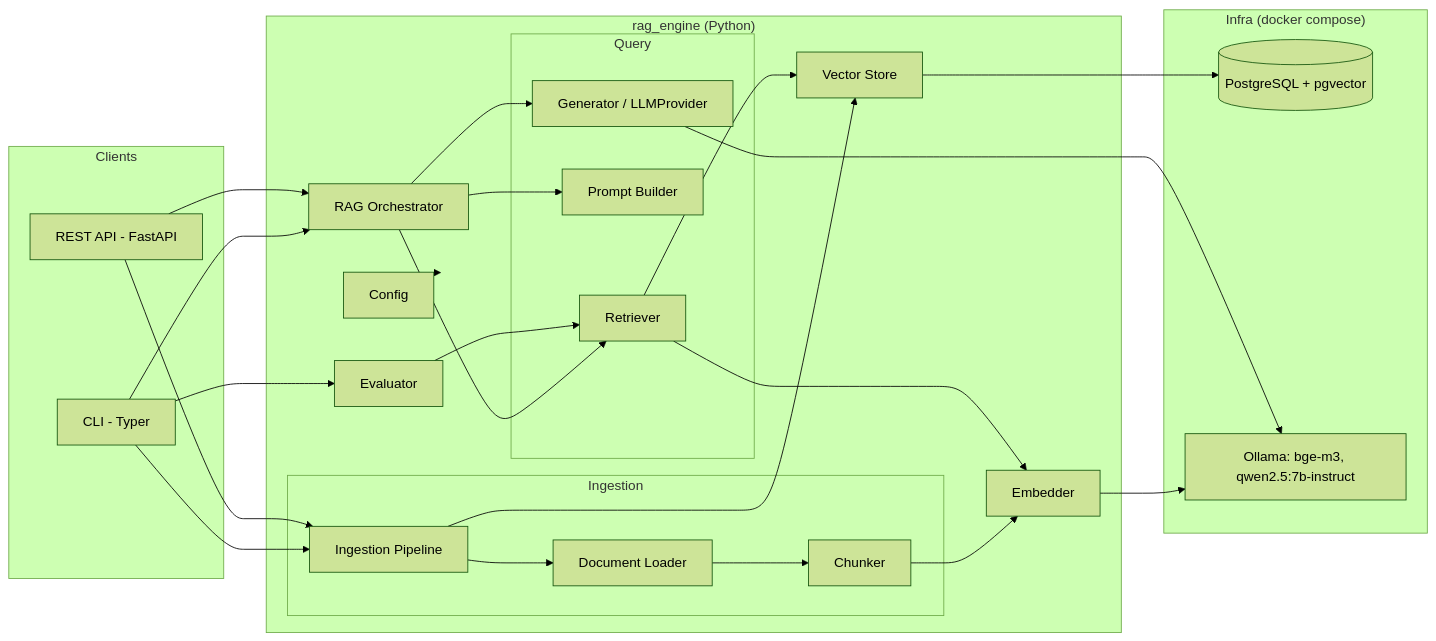
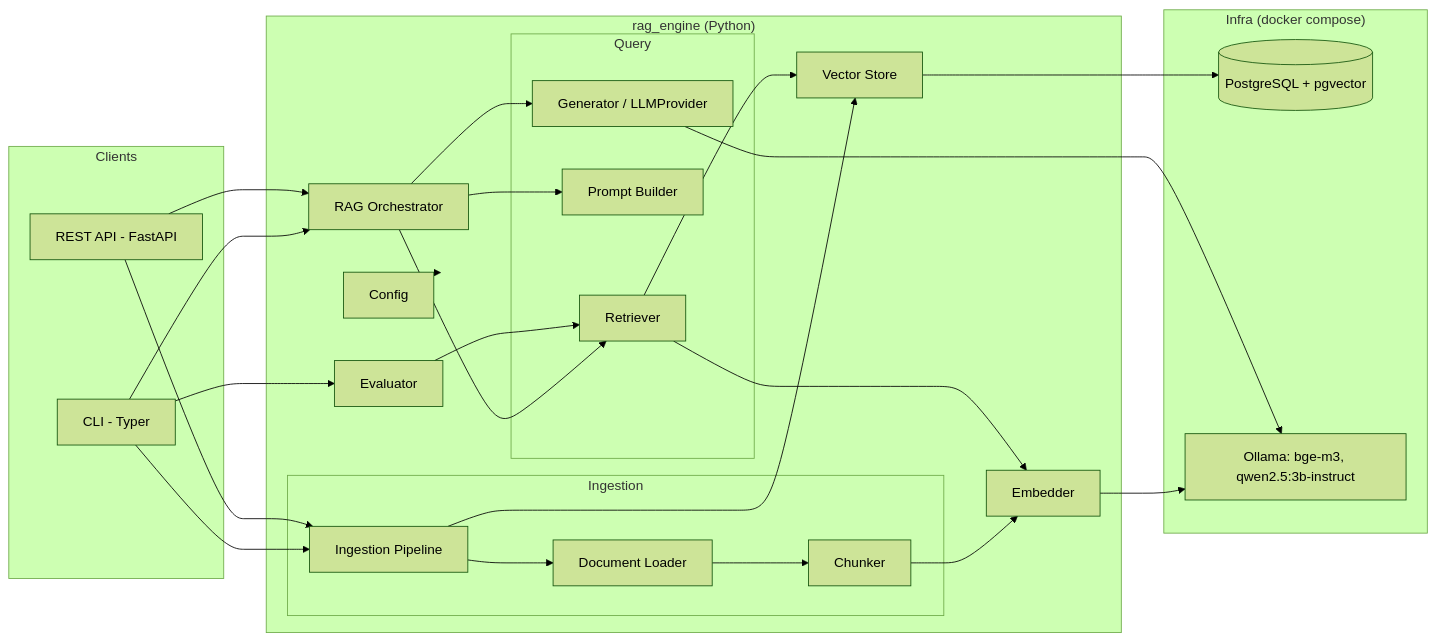
One commit to Hungnd562k/RAG_Engine changed the first of 3 diagrams in Docs/01-architecture.md. Above: the diagram before and after it, drawn with Mermaid (forest theme). The commit also changed other lines of this file and 47 other files, not shown here.

````diff
--- a/Docs/01-architecture.md
+++ b/Docs/01-architecture.md
@@ -5,47 +5,47 @@
 ```mermaid
 flowchart LR
     subgraph Clients
         CLI[CLI - Typer]
         API[REST API - FastAPI]
     end
 
     subgraph Engine["rag_engine (Python)"]
         CFG[Config]
         ORCH[RAG Orchestrator]
         subgraph Ingestion
             LOAD[Document Loader]
             CHUNK[Chunker]
             IPIPE[Ingestion Pipeline]
         end
         subgraph Query
             RET[Retriever]
             PROMPT[Prompt Builder]
             GEN[Generator / LLMProvider]
         end
         EMB[Embedder]
         VS[Vector Store]
         EVAL[Evaluator]
     end
 
     subgraph Infra["Infra (docker compose)"]
         PG[(PostgreSQL + pgvector)]
-        OLL[Ollama: bge-m3, qwen2.5:7b-instruct]
+        OLL[Ollama: bge-m3, qwen2.5:3b-instruct]
     end
 
     CLI --> ORCH
     CLI --> IPIPE
     CLI --> EVAL
     API --> ORCH
     API --> IPIPE
     IPIPE --> LOAD --> CHUNK --> EMB
     IPIPE --> VS
     ORCH --> RET --> EMB
     RET --> VS
     ORCH --> PROMPT
     ORCH --> GEN
     EVAL --> RET
     EMB --> OLL
     GEN --> OLL
     VS --> PG
     CFG -.-> Engine
 ```
````
